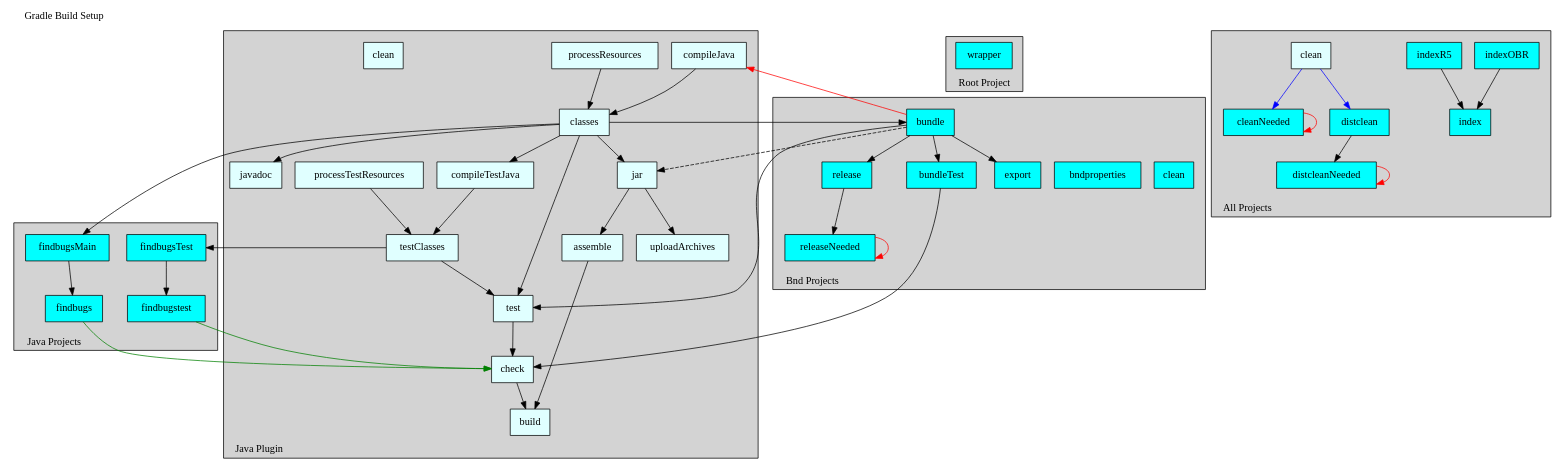
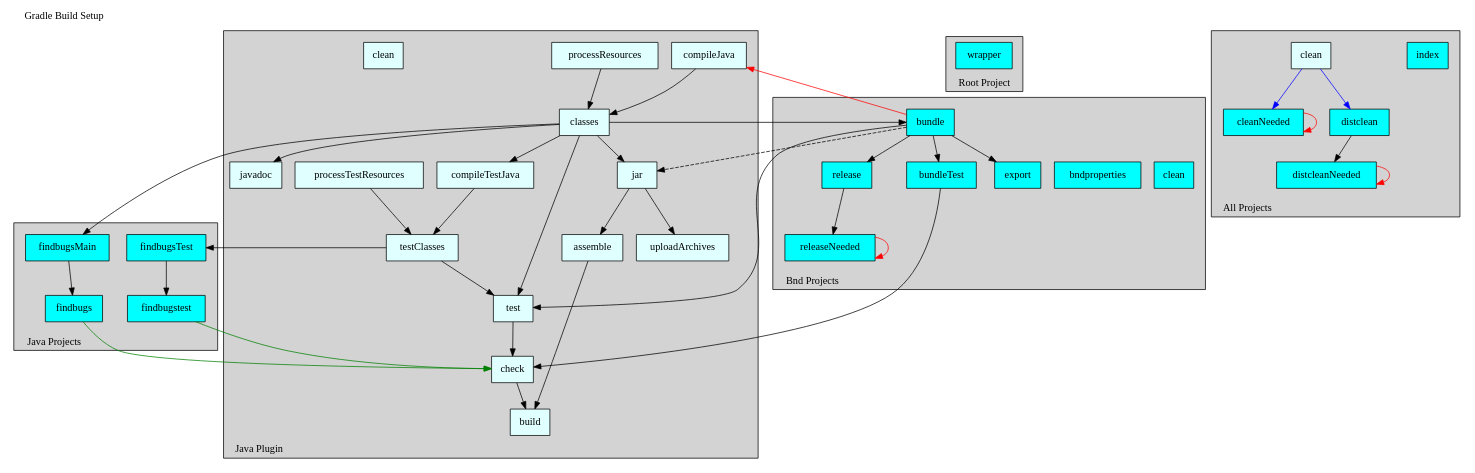
The diagram in cnf/gradle/doc/template.dot (peterkir/musicTreePrograms), drawn with Graphviz before and after one commit. The commit also changed 3 other files, not shown here.

Commit message:
gradle: merge indexOBR and indexR5 tasks into index task

```diff
--- a/cnf/gradle/doc/template.dot
+++ b/cnf/gradle/doc/template.dot
@@ -1,195 +1,190 @@
 /*
  * WARNING
  *
  * This file is maintained automatically by Bndtools.
  * You should not edit it.
  *
  * See the BUILDING-GRADLE.md document in the root project for more details.
  *
  * To create an SVG diagram from this file, install graphviz and run:
  *   dot -Tsvg "$1.dot" -o "$1.svg"   (on a Linux   machine)
  *   dot -Tsvg "%1.dot" -o "%1.svg"   (on a Windows machine)
  */
 
 
 digraph GradleSetup {
   label="Gradle Build Setup"
   labelloc=t
   labeljust=l
 
   subgraph cluster1 {
     label="Java Plugin";
     labelloc=b
     labeljust=l
     style=filled;
     fillcolor=lightgrey;
     color=black;
 
     subgraph cluster11 {
       label="";
       style=invis;
       compileJava          [shape=box, style=filled, fillcolor=lightcyan, label="compileJava"         ]
       processResources     [shape=box, style=filled, fillcolor=lightcyan, label="processResources"    ]
       classes              [shape=box, style=filled, fillcolor=lightcyan, label="classes"             ]
       jar                  [shape=box, style=filled, fillcolor=lightcyan, label="jar"                 ]
     }
 
     subgraph cluster12 {
       label="";
       style=invis;
       compileTestJava      [shape=box, style=filled, fillcolor=lightcyan, label="compileTestJava"     ]
       processTestResources [shape=box, style=filled, fillcolor=lightcyan, label="processTestResources"]
       testClasses          [shape=box, style=filled, fillcolor=lightcyan, label="testClasses"         ]
       test                 [shape=box, style=filled, fillcolor=lightcyan, label="test"                ]
       check                [shape=box, style=filled, fillcolor=lightcyan, label="check"               ]
     }
 
     subgraph cluster13 {
       label="";
       style=invis;
       uploadArchives       [shape=box, style=filled, fillcolor=lightcyan, label="uploadArchives"      ]
       assemble             [shape=box, style=filled, fillcolor=lightcyan, label="assemble"            ]
     }
 
     build                  [shape=box, style=filled, fillcolor=lightcyan, label="build"               ]
     javadoc                [shape=box, style=filled, fillcolor=lightcyan, label="javadoc"             ]
     cleanJava              [shape=box, style=filled, fillcolor=lightcyan, label="clean"               ]
 
     compileJava            -> classes
     processResources       -> classes
     classes                -> javadoc
     classes                -> test
     classes                -> compileTestJava
     classes                -> jar
     compileTestJava        -> testClasses
     processTestResources   -> testClasses
     jar                    -> uploadArchives
     jar                    -> assemble
     testClasses            -> test
     assemble               -> build
     test                   -> check
     check                  -> build
   }
 
 
   subgraph cluster2 {
     label="Bnd Projects";
     labelloc=b
     labeljust=l
     style=filled;
     fillcolor=lightgrey;
     color=black;
 
     subgraph cluster21 {
       label="";
       style=invis;
       bundle               [shape=box, style=filled, fillcolor=cyan     , label="bundle"              ]
       bundleTest           [shape=box, style=filled, fillcolor=cyan     , label="bundleTest"          ]
     }
 
     subgraph cluster22 {
       label="";
       style=invis;
       release              [shape=box, style=filled, fillcolor=cyan     , label="release"             ]
       releaseNeeded        [shape=box, style=filled, fillcolor=cyan     , label="releaseNeeded"       ]
     }
 
     subgraph cluster23 {
       label="";
       style=invis;
       cleanBnd             [shape=box, style=filled, fillcolor=cyan     , label="clean"               ]
       bndproperties        [shape=box, style=filled, fillcolor=cyan     , label="bndproperties"       ]
       export               [shape=box, style=filled, fillcolor=cyan     , label="export"              ]
     }
 
     classes                -> bundle
     bundle                 -> compileJava        [color=red   ]
     bundle                 -> jar                [style=dashed]
     bundle                 -> bundleTest
     bundle                 -> test
     bundle                 -> release
     bundle                 -> export
     bundleTest             -> check
     release                -> releaseNeeded
     releaseNeeded          -> releaseNeeded      [color=red   ]
   }
 
 
   subgraph cluster3 {
     label="Root Project";
     labelloc=b
     labeljust=l
     style=filled;
     fillcolor=lightgrey;
     color=black;
 
     wrapper                [shape=box, style=filled, fillcolor=cyan     , label="wrapper"             ]
   }
 
 
   subgraph cluster4 {
     label="Java Projects";
     labelloc=b
     labeljust=l
     style=filled;
     fillcolor=lightgrey;
     color=black;
 
     subgraph cluster41 {
       label="";
       style=invis;
       findbugstest         [shape=box, style=filled, fillcolor=cyan     , label="findbugstest"        ]
       findbugsTest         [shape=box, style=filled, fillcolor=cyan     , label="findbugsTest"        ]
     }
 
     subgraph cluster42 {
       label="";
       style=invis;
       findbugs             [shape=box, style=filled, fillcolor=cyan     , label="findbugs"            ]
       findbugsMain         [shape=box, style=filled, fillcolor=cyan     , label="findbugsMain"        ]
     }
 
     classes                -> findbugsMain
     testClasses            -> findbugsTest
     findbugsMain           -> findbugs
     findbugsTest           -> findbugstest
     findbugs               -> check              [color=green ]
     findbugstest           -> check              [color=green ]
   }
 
 
   subgraph cluster5 {
     label="All Projects";
     labelloc=b
     labeljust=l
     style=filled;
     fillcolor=lightgrey;
     color=black;
 
     subgraph cluster21 {
       label="";
       style=invis;
-      indexOBR             [shape=box, style=filled, fillcolor=cyan     , label="indexOBR"            ]
-      indexR5              [shape=box, style=filled, fillcolor=cyan     , label="indexR5"             ]
       index                [shape=box, style=filled, fillcolor=cyan     , label="index"               ]
     }
 
     subgraph cluster22 {
       label="";
       style=invis;
       clean                [shape=box, style=filled, fillcolor=lightcyan, label="clean"               ]
       cleanNeeded          [shape=box, style=filled, fillcolor=cyan     , label="cleanNeeded"         ]
       distclean            [shape=box, style=filled, fillcolor=cyan     , label="distclean"           ]
       distcleanNeeded      [shape=box, style=filled, fillcolor=cyan     , label="distcleanNeeded"     ]
     }
 
-    indexOBR               -> index
-    indexR5                -> index
-
     clean                  -> cleanNeeded        [color=blue  ]
     cleanNeeded            -> cleanNeeded        [color=red   ]
     clean                  -> distclean          [color=blue  ]
     distclean              -> distcleanNeeded
     distcleanNeeded        -> distcleanNeeded    [color=red   ]
   }
 }
```
